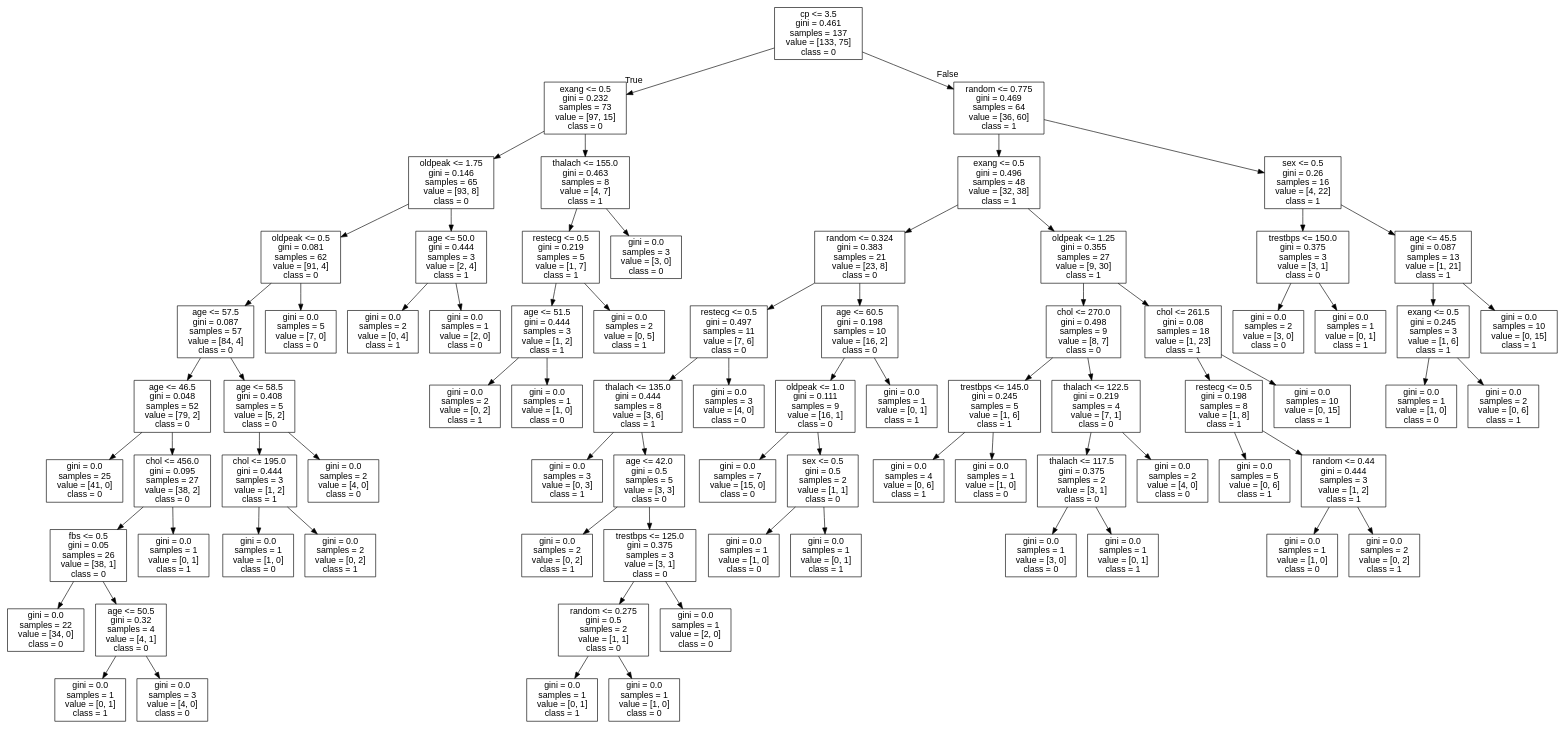
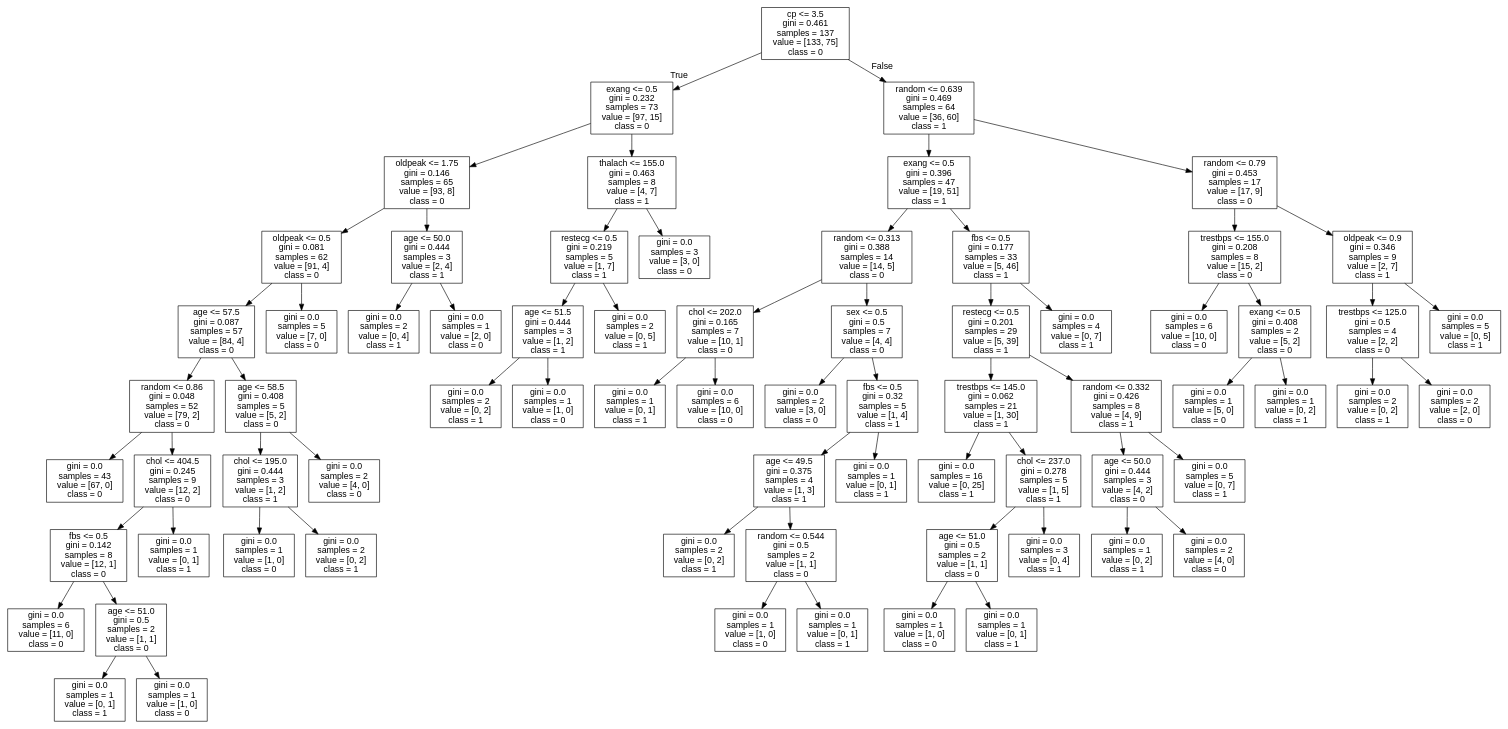
One commit to cyrilvincent/ML changed the diagram in data/heartdisease/tree.dot. Above: the diagram before and after it, drawn with Graphviz. The commit also changed 2 other files, not shown here.

```diff
--- a/data/heartdisease/tree.dot
+++ b/data/heartdisease/tree.dot
@@ -1,157 +1,145 @@
 digraph Tree {
 node [shape=box, fontname="helvetica"] ;
 edge [fontname="helvetica"] ;
 0 [label="cp <= 3.5\ngini = 0.461\nsamples = 137\nvalue = [133, 75]\nclass = 0"] ;
 1 [label="exang <= 0.5\ngini = 0.232\nsamples = 73\nvalue = [97, 15]\nclass = 0"] ;
 0 -> 1 [labeldistance=2.5, labelangle=45, headlabel="True"] ;
 2 [label="oldpeak <= 1.75\ngini = 0.146\nsamples = 65\nvalue = [93, 8]\nclass = 0"] ;
 1 -> 2 ;
 3 [label="oldpeak <= 0.5\ngini = 0.081\nsamples = 62\nvalue = [91, 4]\nclass = 0"] ;
 2 -> 3 ;
 4 [label="age <= 57.5\ngini = 0.087\nsamples = 57\nvalue = [84, 4]\nclass = 0"] ;
 3 -> 4 ;
-5 [label="age <= 46.5\ngini = 0.048\nsamples = 52\nvalue = [79, 2]\nclass = 0"] ;
+5 [label="random <= 0.86\ngini = 0.048\nsamples = 52\nvalue = [79, 2]\nclass = 0"] ;
 4 -> 5 ;
-6 [label="gini = 0.0\nsamples = 25\nvalue = [41, 0]\nclass = 0"] ;
+6 [label="gini = 0.0\nsamples = 43\nvalue = [67, 0]\nclass = 0"] ;
 5 -> 6 ;
-7 [label="chol <= 456.0\ngini = 0.095\nsamples = 27\nvalue = [38, 2]\nclass = 0"] ;
+7 [label="chol <= 404.5\ngini = 0.245\nsamples = 9\nvalue = [12, 2]\nclass = 0"] ;
 5 -> 7 ;
-8 [label="fbs <= 0.5\ngini = 0.05\nsamples = 26\nvalue = [38, 1]\nclass = 0"] ;
+8 [label="fbs <= 0.5\ngini = 0.142\nsamples = 8\nvalue = [12, 1]\nclass = 0"] ;
 7 -> 8 ;
-9 [label="gini = 0.0\nsamples = 22\nvalue = [34, 0]\nclass = 0"] ;
+9 [label="gini = 0.0\nsamples = 6\nvalue = [11, 0]\nclass = 0"] ;
 8 -> 9 ;
-10 [label="age <= 50.5\ngini = 0.32\nsamples = 4\nvalue = [4, 1]\nclass = 0"] ;
+10 [label="age <= 51.0\ngini = 0.5\nsamples = 2\nvalue = [1, 1]\nclass = 0"] ;
 8 -> 10 ;
 11 [label="gini = 0.0\nsamples = 1\nvalue = [0, 1]\nclass = 1"] ;
 10 -> 11 ;
-12 [label="gini = 0.0\nsamples = 3\nvalue = [4, 0]\nclass = 0"] ;
+12 [label="gini = 0.0\nsamples = 1\nvalue = [1, 0]\nclass = 0"] ;
 10 -> 12 ;
 13 [label="gini = 0.0\nsamples = 1\nvalue = [0, 1]\nclass = 1"] ;
 7 -> 13 ;
 14 [label="age <= 58.5\ngini = 0.408\nsamples = 5\nvalue = [5, 2]\nclass = 0"] ;
 4 -> 14 ;
 15 [label="chol <= 195.0\ngini = 0.444\nsamples = 3\nvalue = [1, 2]\nclass = 1"] ;
 14 -> 15 ;
 16 [label="gini = 0.0\nsamples = 1\nvalue = [1, 0]\nclass = 0"] ;
 15 -> 16 ;
 17 [label="gini = 0.0\nsamples = 2\nvalue = [0, 2]\nclass = 1"] ;
 15 -> 17 ;
 18 [label="gini = 0.0\nsamples = 2\nvalue = [4, 0]\nclass = 0"] ;
 14 -> 18 ;
 19 [label="gini = 0.0\nsamples = 5\nvalue = [7, 0]\nclass = 0"] ;
 3 -> 19 ;
 20 [label="age <= 50.0\ngini = 0.444\nsamples = 3\nvalue = [2, 4]\nclass = 1"] ;
 2 -> 20 ;
 21 [label="gini = 0.0\nsamples = 2\nvalue = [0, 4]\nclass = 1"] ;
 20 -> 21 ;
 22 [label="gini = 0.0\nsamples = 1\nvalue = [2, 0]\nclass = 0"] ;
 20 -> 22 ;
 23 [label="thalach <= 155.0\ngini = 0.463\nsamples = 8\nvalue = [4, 7]\nclass = 1"] ;
 1 -> 23 ;
 24 [label="restecg <= 0.5\ngini = 0.219\nsamples = 5\nvalue = [1, 7]\nclass = 1"] ;
 23 -> 24 ;
 25 [label="age <= 51.5\ngini = 0.444\nsamples = 3\nvalue = [1, 2]\nclass = 1"] ;
 24 -> 25 ;
 26 [label="gini = 0.0\nsamples = 2\nvalue = [0, 2]\nclass = 1"] ;
 25 -> 26 ;
 27 [label="gini = 0.0\nsamples = 1\nvalue = [1, 0]\nclass = 0"] ;
 25 -> 27 ;
 28 [label="gini = 0.0\nsamples = 2\nvalue = [0, 5]\nclass = 1"] ;
 24 -> 28 ;
 29 [label="gini = 0.0\nsamples = 3\nvalue = [3, 0]\nclass = 0"] ;
 23 -> 29 ;
-30 [label="random <= 0.775\ngini = 0.469\nsamples = 64\nvalue = [36, 60]\nclass = 1"] ;
+30 [label="random <= 0.639\ngini = 0.469\nsamples = 64\nvalue = [36, 60]\nclass = 1"] ;
 0 -> 30 [labeldistance=2.5, labelangle=-45, headlabel="False"] ;
-31 [label="exang <= 0.5\ngini = 0.496\nsamples = 48\nvalue = [32, 38]\nclass = 1"] ;
+31 [label="exang <= 0.5\ngini = 0.396\nsamples = 47\nvalue = [19, 51]\nclass = 1"] ;
 30 -> 31 ;
-32 [label="random <= 0.324\ngini = 0.383\nsamples = 21\nvalue = [23, 8]\nclass = 0"] ;
+32 [label="random <= 0.313\ngini = 0.388\nsamples = 14\nvalue = [14, 5]\nclass = 0"] ;
 31 -> 32 ;
-33 [label="restecg <= 0.5\ngini = 0.497\nsamples = 11\nvalue = [7, 6]\nclass = 0"] ;
+33 [label="chol <= 202.0\ngini = 0.165\nsamples = 7\nvalue = [10, 1]\nclass = 0"] ;
 32 -> 33 ;
-34 [label="thalach <= 135.0\ngini = 0.444\nsamples = 8\nvalue = [3, 6]\nclass = 1"] ;
+34 [label="gini = 0.0\nsamples = 1\nvalue = [0, 1]\nclass = 1"] ;
 33 -> 34 ;
-35 [label="gini = 0.0\nsamples = 3\nvalue = [0, 3]\nclass = 1"] ;
-34 -> 35 ;
-36 [label="age <= 42.0\ngini = 0.5\nsamples = 5\nvalue = [3, 3]\nclass = 0"] ;
-34 -> 36 ;
-37 [label="gini = 0.0\nsamples = 2\nvalue = [0, 2]\nclass = 1"] ;
+35 [label="gini = 0.0\nsamples = 6\nvalue = [10, 0]\nclass = 0"] ;
+33 -> 35 ;
+36 [label="sex <= 0.5\ngini = 0.5\nsamples = 7\nvalue = [4, 4]\nclass = 0"] ;
+32 -> 36 ;
+37 [label="gini = 0.0\nsamples = 2\nvalue = [3, 0]\nclass = 0"] ;
 36 -> 37 ;
-38 [label="trestbps <= 125.0\ngini = 0.375\nsamples = 3\nvalue = [3, 1]\nclass = 0"] ;
+38 [label="fbs <= 0.5\ngini = 0.32\nsamples = 5\nvalue = [1, 4]\nclass = 1"] ;
 36 -> 38 ;
-39 [label="random <= 0.275\ngini = 0.5\nsamples = 2\nvalue = [1, 1]\nclass = 0"] ;
+39 [label="age <= 49.5\ngini = 0.375\nsamples = 4\nvalue = [1, 3]\nclass = 1"] ;
 38 -> 39 ;
-40 [label="gini = 0.0\nsamples = 1\nvalue = [0, 1]\nclass = 1"] ;
+40 [label="gini = 0.0\nsamples = 2\nvalue = [0, 2]\nclass = 1"] ;
 39 -> 40 ;
-41 [label="gini = 0.0\nsamples = 1\nvalue = [1, 0]\nclass = 0"] ;
+41 [label="random <= 0.544\ngini = 0.5\nsamples = 2\nvalue = [1, 1]\nclass = 0"] ;
 39 -> 41 ;
-42 [label="gini = 0.0\nsamples = 1\nvalue = [2, 0]\nclass = 0"] ;
-38 -> 42 ;
-43 [label="gini = 0.0\nsamples = 3\nvalue = [4, 0]\nclass = 0"] ;
-33 -> 43 ;
-44 [label="age <= 60.5\ngini = 0.198\nsamples = 10\nvalue = [16, 2]\nclass = 0"] ;
-32 -> 44 ;
-45 [label="oldpeak <= 1.0\ngini = 0.111\nsamples = 9\nvalue = [16, 1]\nclass = 0"] ;
-44 -> 45 ;
-46 [label="gini = 0.0\nsamples = 7\nvalue = [15, 0]\nclass = 0"] ;
+42 [label="gini = 0.0\nsamples = 1\nvalue = [1, 0]\nclass = 0"] ;
+41 -> 42 ;
+43 [label="gini = 0.0\nsamples = 1\nvalue = [0, 1]\nclass = 1"] ;
+41 -> 43 ;
+44 [label="gini = 0.0\nsamples = 1\nvalue = [0, 1]\nclass = 1"] ;
+38 -> 44 ;
+45 [label="fbs <= 0.5\ngini = 0.177\nsamples = 33\nvalue = [5, 46]\nclass = 1"] ;
+31 -> 45 ;
+46 [label="restecg <= 0.5\ngini = 0.201\nsamples = 29\nvalue = [5, 39]\nclass = 1"] ;
 45 -> 46 ;
-47 [label="sex <= 0.5\ngini = 0.5\nsamples = 2\nvalue = [1, 1]\nclass = 0"] ;
-45 -> 47 ;
-48 [label="gini = 0.0\nsamples = 1\nvalue = [1, 0]\nclass = 0"] ;
+47 [label="trestbps <= 145.0\ngini = 0.062\nsamples = 21\nvalue = [1, 30]\nclass = 1"] ;
+46 -> 47 ;
+48 [label="gini = 0.0\nsamples = 16\nvalue = [0, 25]\nclass = 1"] ;
 47 -> 48 ;
-49 [label="gini = 0.0\nsamples = 1\nvalue = [0, 1]\nclass = 1"] ;
+49 [label="chol <= 237.0\ngini = 0.278\nsamples = 5\nvalue = [1, 5]\nclass = 1"] ;
 47 -> 49 ;
-50 [label="gini = 0.0\nsamples = 1\nvalue = [0, 1]\nclass = 1"] ;
-44 -> 50 ;
-51 [label="oldpeak <= 1.25\ngini = 0.355\nsamples = 27\nvalue = [9, 30]\nclass = 1"] ;
-31 -> 51 ;
-52 [label="chol <= 270.0\ngini = 0.498\nsamples = 9\nvalue = [8, 7]\nclass = 0"] ;
-51 -> 52 ;
-53 [label="trestbps <= 145.0\ngini = 0.245\nsamples = 5\nvalue = [1, 6]\nclass = 1"] ;
-52 -> 53 ;
-54 [label="gini = 0.0\nsamples = 4\nvalue = [0, 6]\nclass = 1"] ;
-53 -> 54 ;
-55 [label="gini = 0.0\nsamples = 1\nvalue = [1, 0]\nclass = 0"] ;
-53 -> 55 ;
-56 [label="thalach <= 122.5\ngini = 0.219\nsamples = 4\nvalue = [7, 1]\nclass = 0"] ;
-52 -> 56 ;
-57 [label="thalach <= 117.5\ngini = 0.375\nsamples = 2\nvalue = [3, 1]\nclass = 0"] ;
-56 -> 57 ;
-58 [label="gini = 0.0\nsamples = 1\nvalue = [3, 0]\nclass = 0"] ;
-57 -> 58 ;
-59 [label="gini = 0.0\nsamples = 1\nvalue = [0, 1]\nclass = 1"] ;
-57 -> 59 ;
-60 [label="gini = 0.0\nsamples = 2\nvalue = [4, 0]\nclass = 0"] ;
-56 -> 60 ;
-61 [label="chol <= 261.5\ngini = 0.08\nsamples = 18\nvalue = [1, 23]\nclass = 1"] ;
-51 -> 61 ;
-62 [label="restecg <= 0.5\ngini = 0.198\nsamples = 8\nvalue = [1, 8]\nclass = 1"] ;
+50 [label="age <= 51.0\ngini = 0.5\nsamples = 2\nvalue = [1, 1]\nclass = 0"] ;
+49 -> 50 ;
+51 [label="gini = 0.0\nsamples = 1\nvalue = [1, 0]\nclass = 0"] ;
+50 -> 51 ;
+52 [label="gini = 0.0\nsamples = 1\nvalue = [0, 1]\nclass = 1"] ;
+50 -> 52 ;
+53 [label="gini = 0.0\nsamples = 3\nvalue = [0, 4]\nclass = 1"] ;
+49 -> 53 ;
+54 [label="random <= 0.332\ngini = 0.426\nsamples = 8\nvalue = [4, 9]\nclass = 1"] ;
+46 -> 54 ;
+55 [label="age <= 50.0\ngini = 0.444\nsamples = 3\nvalue = [4, 2]\nclass = 0"] ;
+54 -> 55 ;
+56 [label="gini = 0.0\nsamples = 1\nvalue = [0, 2]\nclass = 1"] ;
+55 -> 56 ;
+57 [label="gini = 0.0\nsamples = 2\nvalue = [4, 0]\nclass = 0"] ;
+55 -> 57 ;
+58 [label="gini = 0.0\nsamples = 5\nvalue = [0, 7]\nclass = 1"] ;
+54 -> 58 ;
+59 [label="gini = 0.0\nsamples = 4\nvalue = [0, 7]\nclass = 1"] ;
+45 -> 59 ;
+60 [label="random <= 0.79\ngini = 0.453\nsamples = 17\nvalue = [17, 9]\nclass = 0"] ;
+30 -> 60 ;
+61 [label="trestbps <= 155.0\ngini = 0.208\nsamples = 8\nvalue = [15, 2]\nclass = 0"] ;
+60 -> 61 ;
+62 [label="gini = 0.0\nsamples = 6\nvalue = [10, 0]\nclass = 0"] ;
 61 -> 62 ;
-63 [label="gini = 0.0\nsamples = 5\nvalue = [0, 6]\nclass = 1"] ;
-62 -> 63 ;
-64 [label="random <= 0.44\ngini = 0.444\nsamples = 3\nvalue = [1, 2]\nclass = 1"] ;
-62 -> 64 ;
-65 [label="gini = 0.0\nsamples = 1\nvalue = [1, 0]\nclass = 0"] ;
-64 -> 65 ;
-66 [label="gini = 0.0\nsamples = 2\nvalue = [0, 2]\nclass = 1"] ;
-64 -> 66 ;
-67 [label="gini = 0.0\nsamples = 10\nvalue = [0, 15]\nclass = 1"] ;
-61 -> 67 ;
-68 [label="sex <= 0.5\ngini = 0.26\nsamples = 16\nvalue = [4, 22]\nclass = 1"] ;
-30 -> 68 ;
-69 [label="trestbps <= 150.0\ngini = 0.375\nsamples = 3\nvalue = [3, 1]\nclass = 0"] ;
-68 -> 69 ;
-70 [label="gini = 0.0\nsamples = 2\nvalue = [3, 0]\nclass = 0"] ;
-69 -> 70 ;
-71 [label="gini = 0.0\nsamples = 1\nvalue = [0, 1]\nclass = 1"] ;
-69 -> 71 ;
-72 [label="age <= 45.5\ngini = 0.087\nsamples = 13\nvalue = [1, 21]\nclass = 1"] ;
-68 -> 72 ;
-73 [label="exang <= 0.5\ngini = 0.245\nsamples = 3\nvalue = [1, 6]\nclass = 1"] ;
-72 -> 73 ;
-74 [label="gini = 0.0\nsamples = 1\nvalue = [1, 0]\nclass = 0"] ;
-73 -> 74 ;
-75 [label="gini = 0.0\nsamples = 2\nvalue = [0, 6]\nclass = 1"] ;
-73 -> 75 ;
-76 [label="gini = 0.0\nsamples = 10\nvalue = [0, 15]\nclass = 1"] ;
-72 -> 76 ;
+63 [label="exang <= 0.5\ngini = 0.408\nsamples = 2\nvalue = [5, 2]\nclass = 0"] ;
+61 -> 63 ;
+64 [label="gini = 0.0\nsamples = 1\nvalue = [5, 0]\nclass = 0"] ;
+63 -> 64 ;
+65 [label="gini = 0.0\nsamples = 1\nvalue = [0, 2]\nclass = 1"] ;
+63 -> 65 ;
+66 [label="oldpeak <= 0.9\ngini = 0.346\nsamples = 9\nvalue = [2, 7]\nclass = 1"] ;
+60 -> 66 ;
+67 [label="trestbps <= 125.0\ngini = 0.5\nsamples = 4\nvalue = [2, 2]\nclass = 0"] ;
+66 -> 67 ;
+68 [label="gini = 0.0\nsamples = 2\nvalue = [0, 2]\nclass = 1"] ;
+67 -> 68 ;
+69 [label="gini = 0.0\nsamples = 2\nvalue = [2, 0]\nclass = 0"] ;
+67 -> 69 ;
+70 [label="gini = 0.0\nsamples = 5\nvalue = [0, 5]\nclass = 1"] ;
+66 -> 70 ;
 }
```
